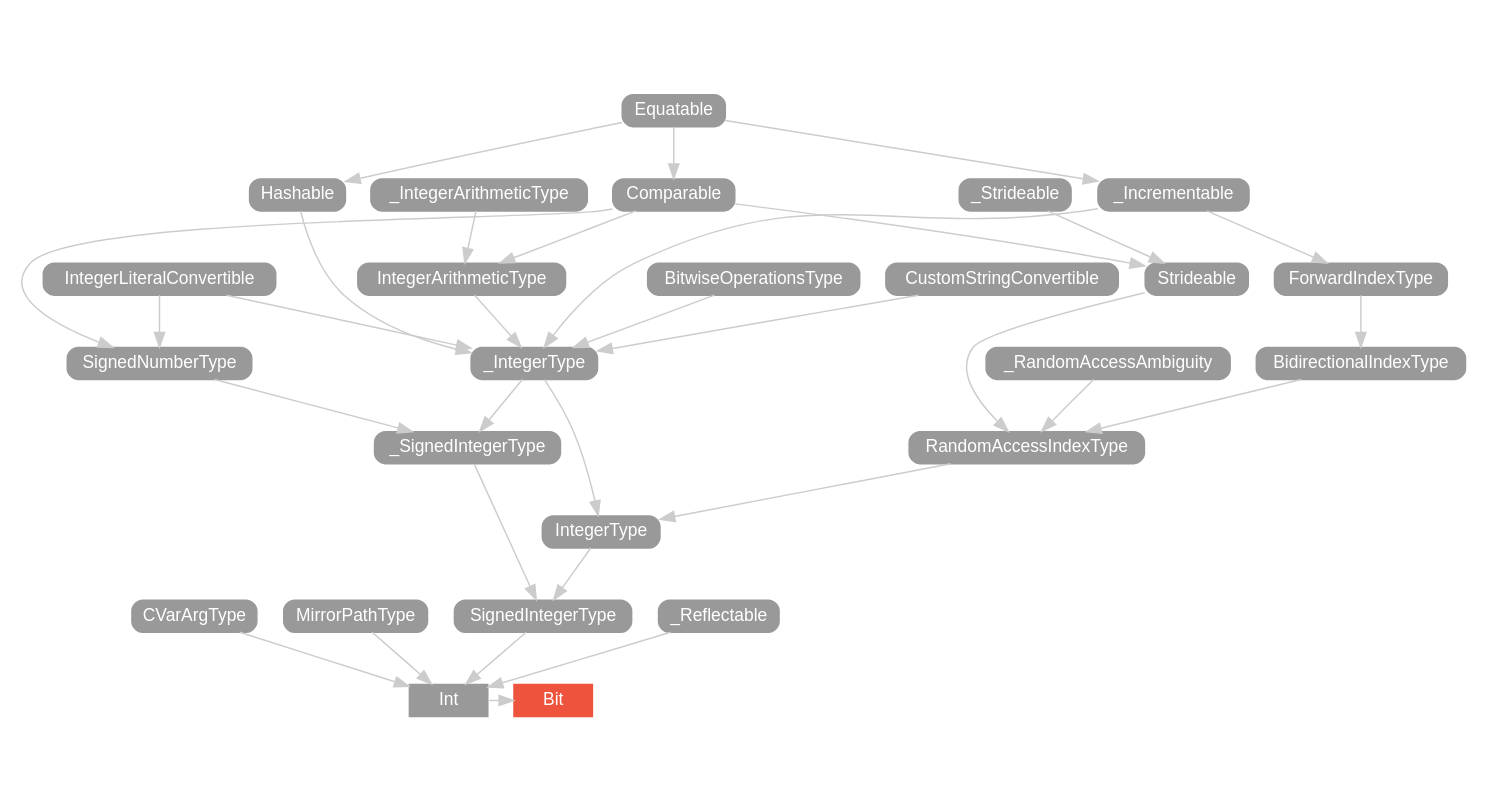
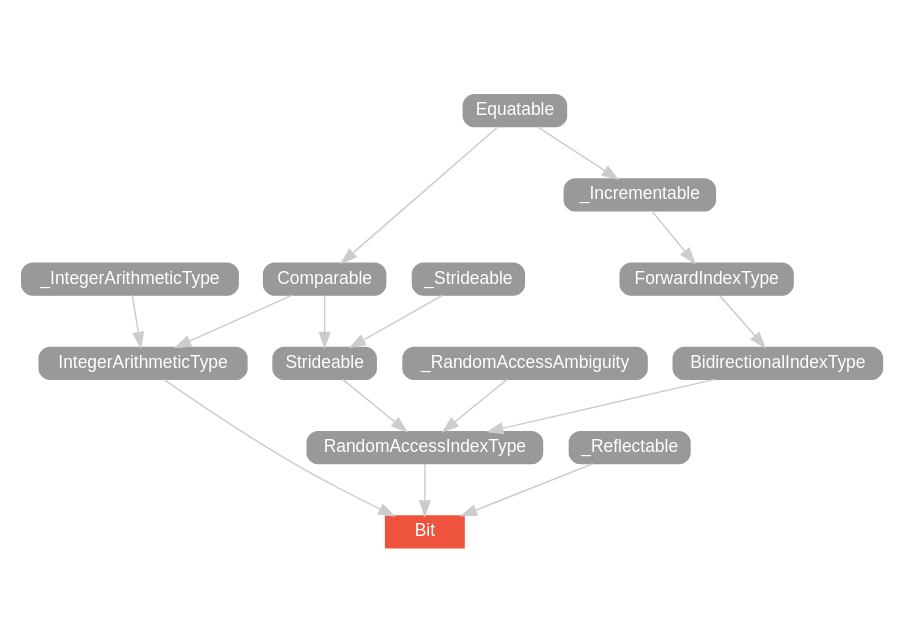
Before and after one commit to SwiftDoc/SwiftDoc.github.io: the diagram in v2.0/type/Bit/hierarchy/index.dot, drawn with Graphviz. The commit also changed 682 other files, not shown here.

```diff
--- a/v2.0/type/Bit/hierarchy/index.dot
+++ b/v2.0/type/Bit/hierarchy/index.dot
@@ -1,77 +1,35 @@
 strict digraph "Bit - Type Hierarchy - SwiftDoc.org" {
     pad="0.1,0.8"
     node [shape=box, style="filled,rounded", color="#999999", fillcolor="#999999", fontcolor=white, fontname=Helvetica, fontnames="Helvetica,sansserif", fontsize=12, margin="0.07,0.05", height="0.3"]
     edge [color="#cccccc"]
-    "BidirectionalIndexType" [URL="/protocol/BidirectionalIndexType/"]
+    "BidirectionalIndexType" [URL="/protocol/BidirectionalIndexType/hierarchy/"]
     "Bit" [URL="/type/Bit/", style="filled", fillcolor="#ee543d", color="#ee543d"]
-    "BitwiseOperationsType" [URL="/protocol/BitwiseOperationsType/"]
-    "CVarArgType" [URL="/protocol/CVarArgType/"]
-    "Comparable" [URL="/protocol/Comparable/"]
-    "CustomStringConvertible" [URL="/protocol/CustomStringConvertible/"]
-    "Equatable" [URL="/protocol/Equatable/"]
-    "ForwardIndexType" [URL="/protocol/ForwardIndexType/"]
-    "Hashable" [URL="/protocol/Hashable/"]
-    "Int" [URL="/type/Int/", style=filled]
-    "IntegerArithmeticType" [URL="/protocol/IntegerArithmeticType/"]
-    "IntegerLiteralConvertible" [URL="/protocol/IntegerLiteralConvertible/"]
-    "IntegerType" [URL="/protocol/IntegerType/"]
-    "MirrorPathType" [URL="/protocol/MirrorPathType/"]
-    "RandomAccessIndexType" [URL="/protocol/RandomAccessIndexType/"]
-    "SignedIntegerType" [URL="/protocol/SignedIntegerType/"]
-    "SignedNumberType" [URL="/protocol/SignedNumberType/"]
-    "Strideable" [URL="/protocol/Strideable/"]
-    "_Incrementable" [URL="/protocol/_Incrementable/"]
-    "_IntegerArithmeticType" [URL="/protocol/_IntegerArithmeticType/"]
-    "_IntegerType" [URL="/protocol/_IntegerType/"]
-    "_RandomAccessAmbiguity" [URL="/protocol/_RandomAccessAmbiguity/"]
-    "_Reflectable" [URL="/protocol/_Reflectable/"]
-    "_SignedIntegerType" [URL="/protocol/_SignedIntegerType/"]
-    "_Strideable" [URL="/protocol/_Strideable/"]    "Int" -> "Bit"
-    "SignedIntegerType" -> "Int"
-    "_Reflectable" -> "Int"
-    "MirrorPathType" -> "Int"
-    "CVarArgType" -> "Int"
-    "_SignedIntegerType" -> "SignedIntegerType"
-    "IntegerType" -> "SignedIntegerType"
-    "_IntegerType" -> "_SignedIntegerType"
-    "SignedNumberType" -> "_SignedIntegerType"
-    "IntegerLiteralConvertible" -> "_IntegerType"
-    "CustomStringConvertible" -> "_IntegerType"
-    "Hashable" -> "_IntegerType"
-    "IntegerArithmeticType" -> "_IntegerType"
-    "BitwiseOperationsType" -> "_IntegerType"
-    "_Incrementable" -> "_IntegerType"
-    "Equatable" -> "Hashable"
-    "_IntegerArithmeticType" -> "IntegerArithmeticType"
-    "Comparable" -> "IntegerArithmeticType"
-    "Equatable" -> "Comparable"
-    "Equatable" -> "_Incrementable"
-    "Comparable" -> "SignedNumberType"
-    "IntegerLiteralConvertible" -> "SignedNumberType"
-    "Equatable" -> "Comparable"
-    "_IntegerType" -> "IntegerType"
-    "RandomAccessIndexType" -> "IntegerType"
-    "IntegerLiteralConvertible" -> "_IntegerType"
-    "CustomStringConvertible" -> "_IntegerType"
-    "Hashable" -> "_IntegerType"
-    "IntegerArithmeticType" -> "_IntegerType"
-    "BitwiseOperationsType" -> "_IntegerType"
-    "_Incrementable" -> "_IntegerType"
-    "Equatable" -> "Hashable"
-    "_IntegerArithmeticType" -> "IntegerArithmeticType"
-    "Comparable" -> "IntegerArithmeticType"
-    "Equatable" -> "Comparable"
-    "Equatable" -> "_Incrementable"
+    "Comparable" [URL="/protocol/Comparable/hierarchy/"]
+    "Equatable" [URL="/protocol/Equatable/hierarchy/"]
+    "ForwardIndexType" [URL="/protocol/ForwardIndexType/hierarchy/"]
+    "IntegerArithmeticType" [URL="/protocol/IntegerArithmeticType/hierarchy/"]
+    "RandomAccessIndexType" [URL="/protocol/RandomAccessIndexType/hierarchy/"]
+    "Strideable" [URL="/protocol/Strideable/hierarchy/"]
+    "_Incrementable" [URL="/protocol/_Incrementable/hierarchy/"]
+    "_IntegerArithmeticType" [URL="/protocol/_IntegerArithmeticType/hierarchy/"]
+    "_RandomAccessAmbiguity" [URL="/protocol/_RandomAccessAmbiguity/hierarchy/"]
+    "_Reflectable" [URL="/protocol/_Reflectable/hierarchy/"]
+    "_Strideable" [URL="/protocol/_Strideable/hierarchy/"]    "RandomAccessIndexType" -> "Bit"
+    "_Reflectable" -> "Bit"
+    "IntegerArithmeticType" -> "Bit"
     "BidirectionalIndexType" -> "RandomAccessIndexType"
     "Strideable" -> "RandomAccessIndexType"
     "_RandomAccessAmbiguity" -> "RandomAccessIndexType"
     "ForwardIndexType" -> "BidirectionalIndexType"
     "_Incrementable" -> "ForwardIndexType"
     "Equatable" -> "_Incrementable"
     "Comparable" -> "Strideable"
     "_Strideable" -> "Strideable"
     "Equatable" -> "Comparable"
+    "_IntegerArithmeticType" -> "IntegerArithmeticType"
+    "Comparable" -> "IntegerArithmeticType"
+    "Equatable" -> "Comparable"
     subgraph Types {
-        rank = max; "Int"; "Bit";
+        rank = max; "Bit";
     }
 }
```
